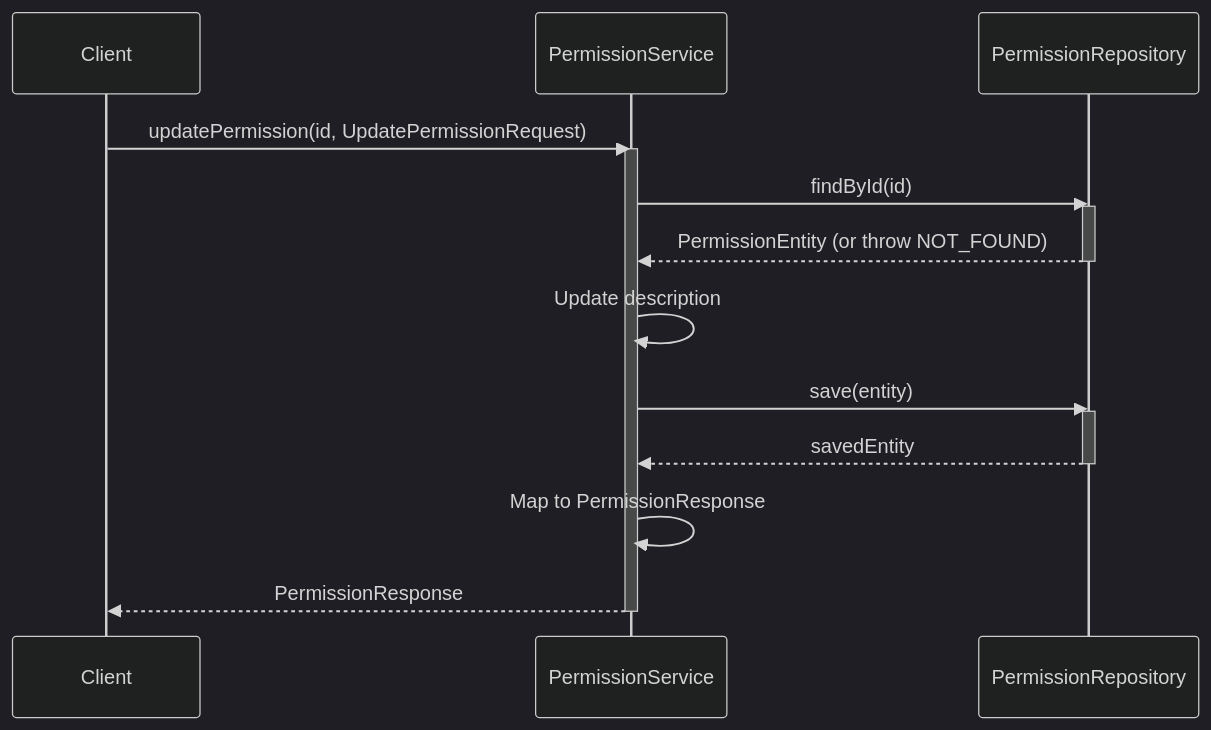
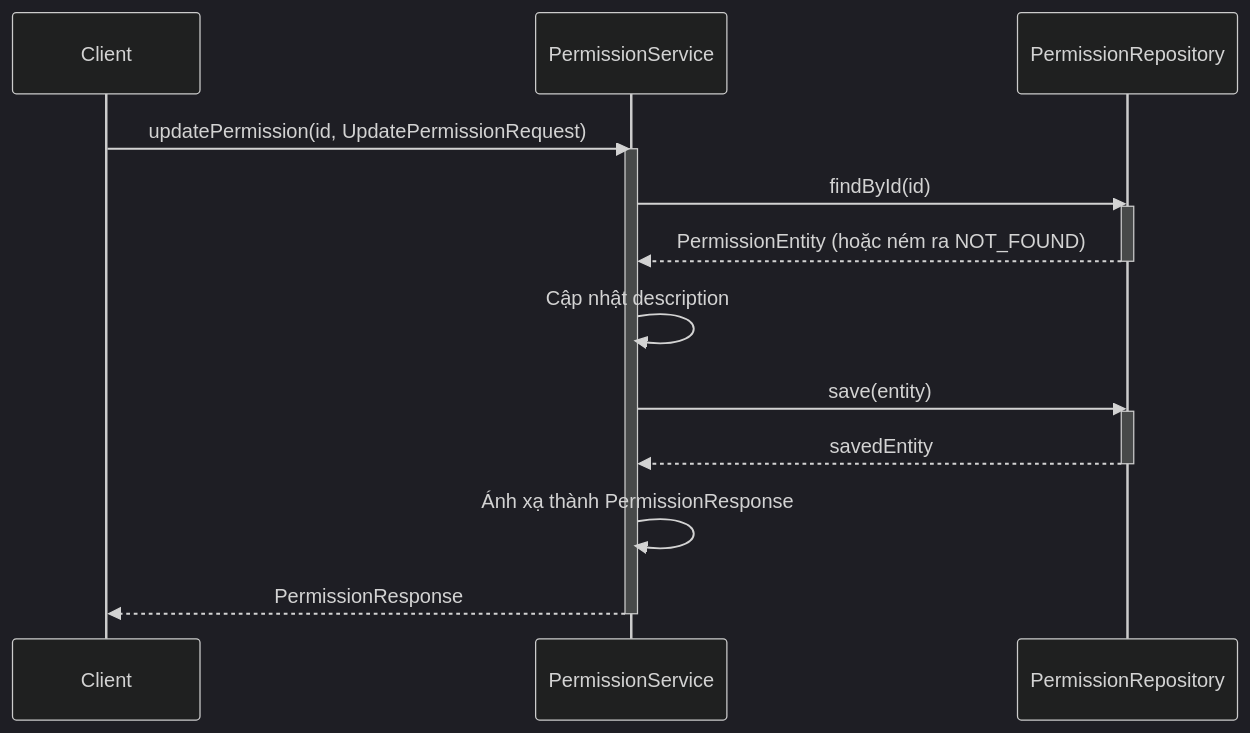
One commit to aquoc09/easymall changed the third of 9 diagrams in .agent/sequence/rbac_services_sequence_diagrams.md. Above: the diagram before and after it, drawn with Mermaid (dark theme). The commit also changed other lines of this file and 18 other files, not shown here.

Commit message:
UPDATE: Sequence diagram vietnamese

````diff
--- a/.agent/sequence/rbac_services_sequence_diagrams.md
+++ b/.agent/sequence/rbac_services_sequence_diagrams.md
@@ -64,26 +64,26 @@
 ```mermaid
 sequenceDiagram
     participant Client
     participant PermissionService
     participant PermissionRepository
 
     Client->>PermissionService: updatePermission(id, UpdatePermissionRequest)
     activate PermissionService
 
     PermissionService->>PermissionRepository: findById(id)
     activate PermissionRepository
-    PermissionRepository-->>PermissionService: PermissionEntity (or throw NOT_FOUND)
+    PermissionRepository-->>PermissionService: PermissionEntity (hoặc ném ra NOT_FOUND)
     deactivate PermissionRepository
 
-    PermissionService->>PermissionService: Update description
+    PermissionService->>PermissionService: Cập nhật description
     
     PermissionService->>PermissionRepository: save(entity)
     activate PermissionRepository
     PermissionRepository-->>PermissionService: savedEntity
     deactivate PermissionRepository
 
-    PermissionService->>PermissionService: Map to PermissionResponse
+    PermissionService->>PermissionService: Ánh xạ thành PermissionResponse
     
     PermissionService-->>Client: PermissionResponse
     deactivate PermissionService
 ```
````
